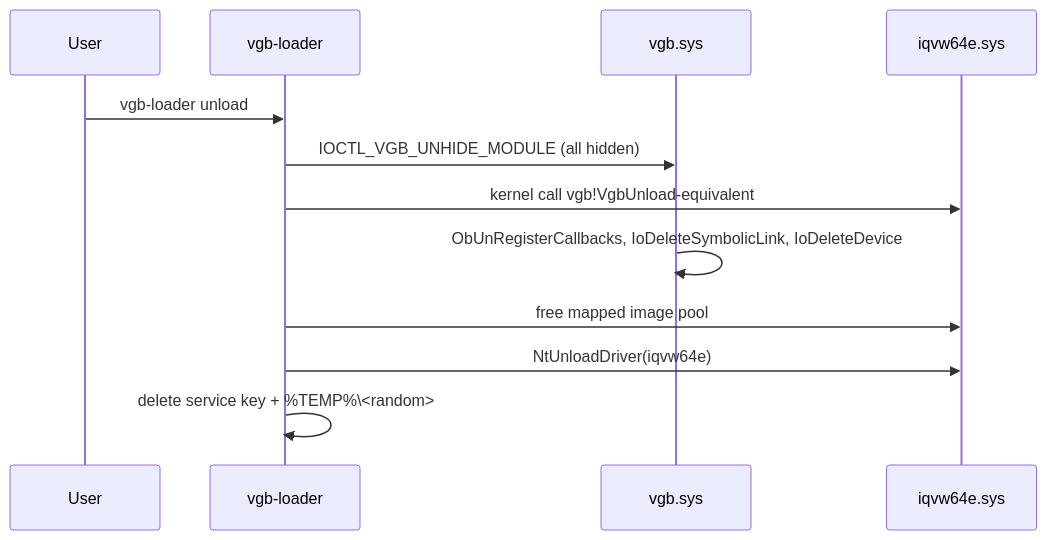
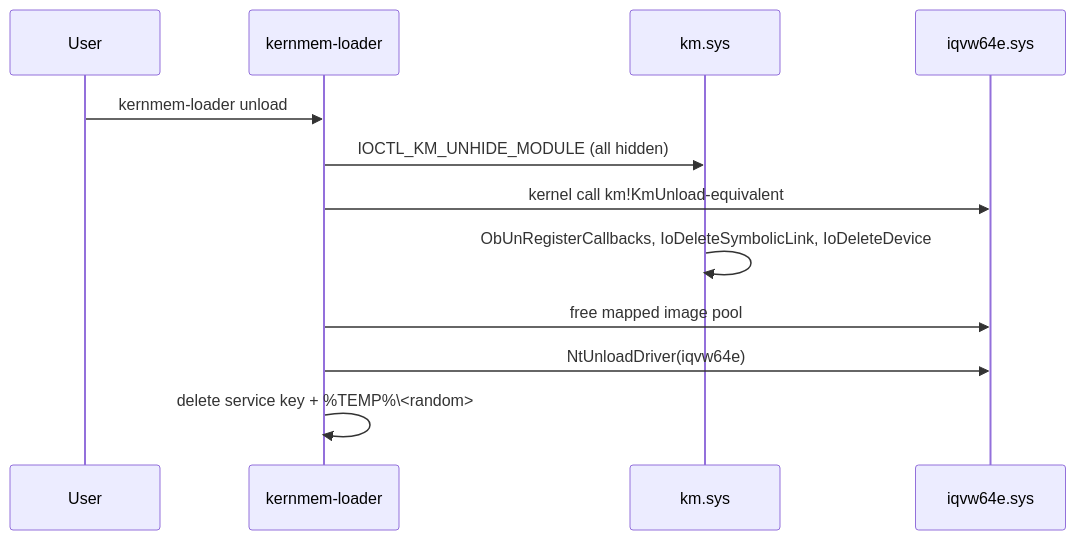
The sixth of 7 diagrams in docs/component-flows.md (0xMALVEE/kernmem), drawn with Mermaid before and after one commit. The commit also changed other lines of this file and 919 other files, not shown here.

````diff
--- a/docs/component-flows.md
+++ b/docs/component-flows.md
@@ -169,15 +169,15 @@
 ```mermaid
 sequenceDiagram
     participant U as User
-    participant L as vgb-loader
-    participant D as vgb.sys
+    participant L as kernmem-loader
+    participant D as km.sys
     participant N as iqvw64e.sys
 
-    U->>L: vgb-loader unload
-    L->>D: IOCTL_VGB_UNHIDE_MODULE (all hidden)
-    L->>N: kernel call vgb!VgbUnload-equivalent
+    U->>L: kernmem-loader unload
+    L->>D: IOCTL_KM_UNHIDE_MODULE (all hidden)
+    L->>N: kernel call km!KmUnload-equivalent
     D->>D: ObUnRegisterCallbacks, IoDeleteSymbolicLink, IoDeleteDevice
     L->>N: free mapped image pool
     L->>N: NtUnloadDriver(iqvw64e)
     L->>L: delete service key + %TEMP%\<random>
 ```
````
